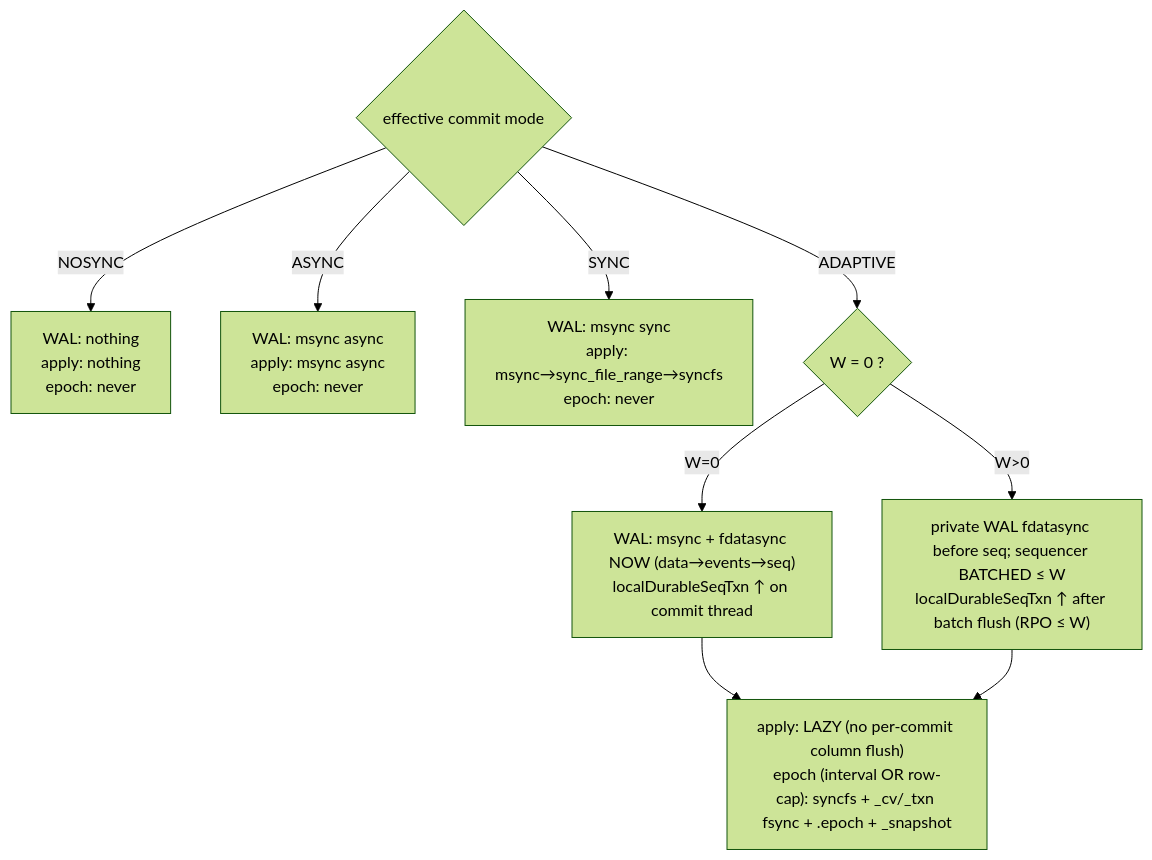
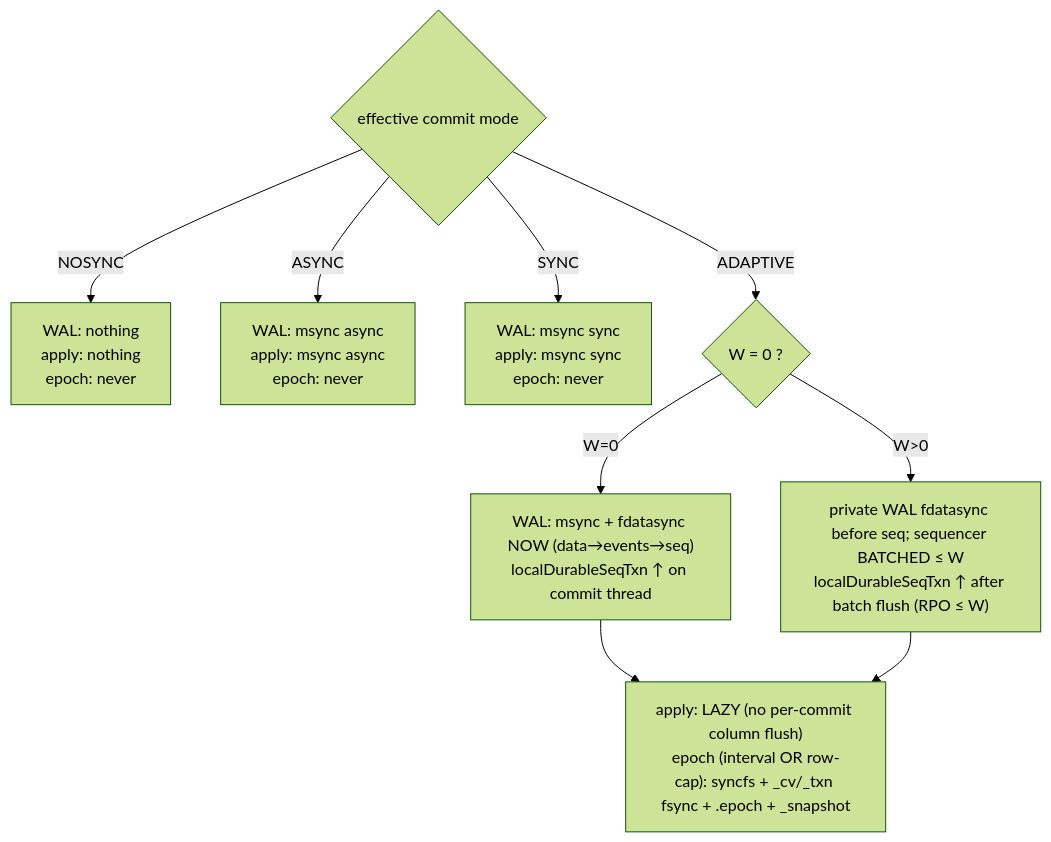
Before and after one commit to questdb/questdb: the fourth of 4 diagrams in docs/adaptive-commit-internals.md, drawn with Mermaid (forest theme). The commit also changed other lines of this file and 8 other files, not shown here.

````diff
--- a/docs/adaptive-commit-internals.md
+++ b/docs/adaptive-commit-internals.md
@@ -434,12 +436,12 @@
 ```mermaid
 flowchart TD
     CM{"effective commit mode"}
     CM -->|NOSYNC| N["WAL: nothing<br/>apply: nothing<br/>epoch: never"]
     CM -->|ASYNC| AS["WAL: msync async<br/>apply: msync async<br/>epoch: never"]
-    CM -->|SYNC| S["WAL: msync sync<br/>apply: msync→sync_file_range→syncfs<br/>epoch: never"]
+    CM -->|SYNC| S["WAL: msync sync<br/>apply: msync sync<br/>epoch: never"]
     CM -->|ADAPTIVE| AD{"W = 0 ?"}
     AD -->|W=0| A0["WAL: msync + fdatasync NOW (data→events→seq)<br/>localDurableSeqTxn ↑ on commit thread"]
     AD -->|"W&gt;0"| AW["private WAL fdatasync before seq; sequencer BATCHED ≤ W<br/>localDurableSeqTxn ↑ after batch flush (RPO ≤ W)"]
     A0 --> ADAP["apply: LAZY (no per-commit column flush)<br/>epoch (interval OR row-cap): syncfs + _cv/_txn fsync + .epoch + _snapshot"]
     AW --> ADAP
 ```
````
